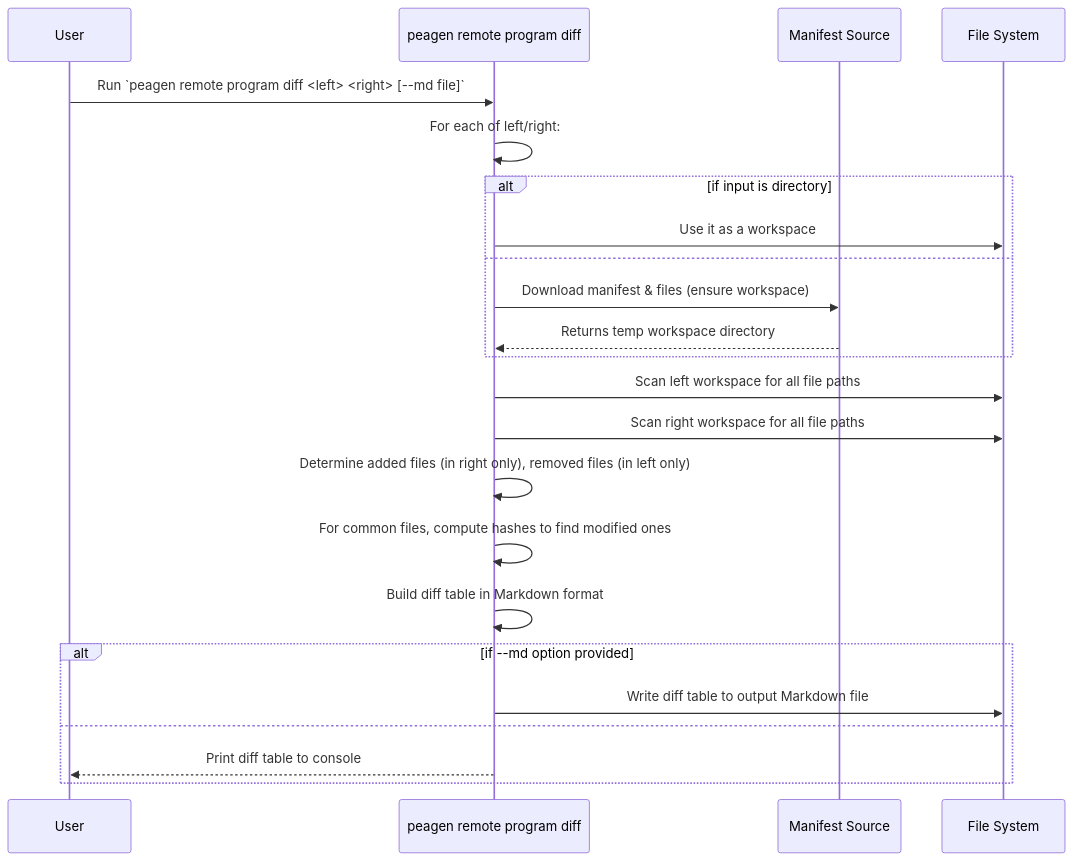
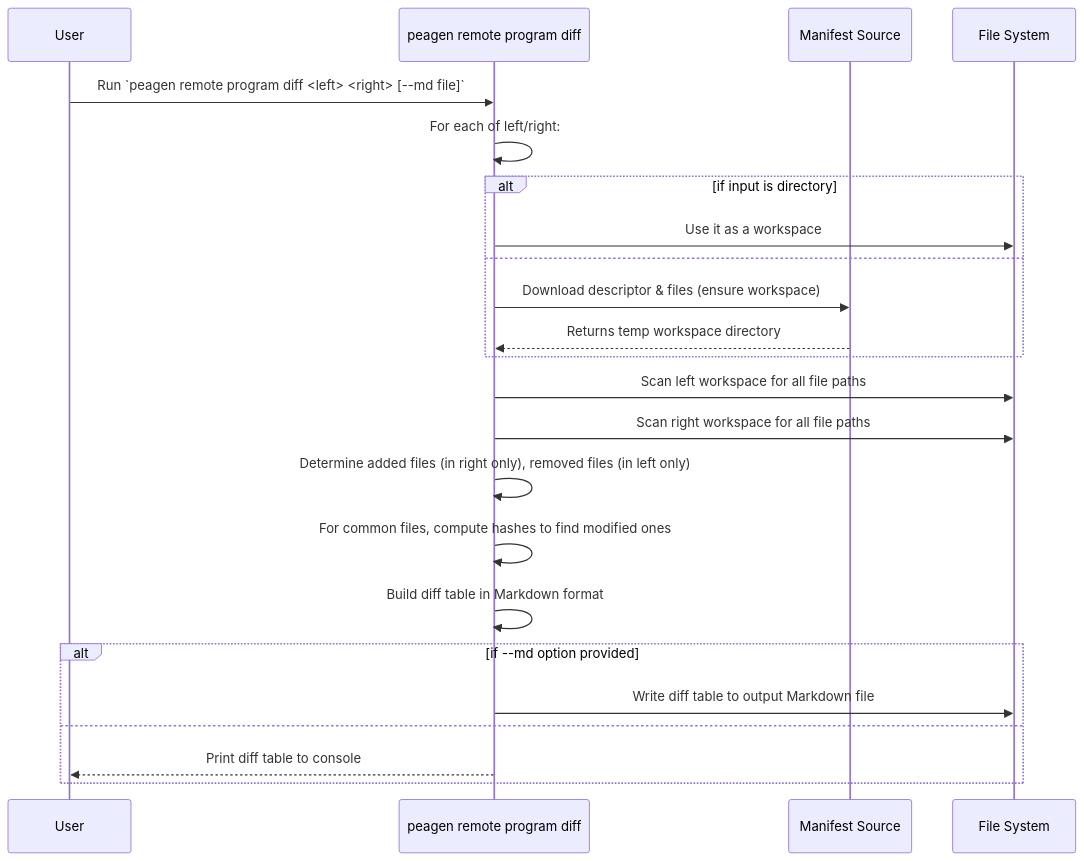
One commit to swarmauri/swarmauri-sdk changed the diagram in pkgs/standards/peagen/docs/call_flows/peagen_program_diff_remote.mmd. Above: the diagram before and after it, drawn with Mermaid. The commit also changed 35 other files, not shown here.

```diff
--- a/pkgs/standards/peagen/docs/call_flows/peagen_program_diff_remote.mmd
+++ b/pkgs/standards/peagen/docs/call_flows/peagen_program_diff_remote.mmd
@@ -1,23 +1,23 @@
 sequenceDiagram
     participant User
     participant CLI as peagen remote program diff
     participant Net as Manifest Source
     participant FS as File System
     User ->> CLI: Run `peagen remote program diff <left> <right> [--md file]`
     CLI ->> CLI: For each of left/right:
     alt if input is directory
         CLI ->> FS: Use it as a workspace
     else
-        CLI ->> Net: Download manifest & files (ensure workspace)
+        CLI ->> Net: Download descriptor & files (ensure workspace)
         Net -->> CLI: Returns temp workspace directory
     end
     CLI ->> FS: Scan left workspace for all file paths
     CLI ->> FS: Scan right workspace for all file paths
     CLI ->> CLI: Determine added files (in right only), removed files (in left only)
     CLI ->> CLI: For common files, compute hashes to find modified ones
     CLI ->> CLI: Build diff table in Markdown format
     alt if --md option provided
         CLI ->> FS: Write diff table to output Markdown file
     else
         CLI -->> User: Print diff table to console
     end
```
